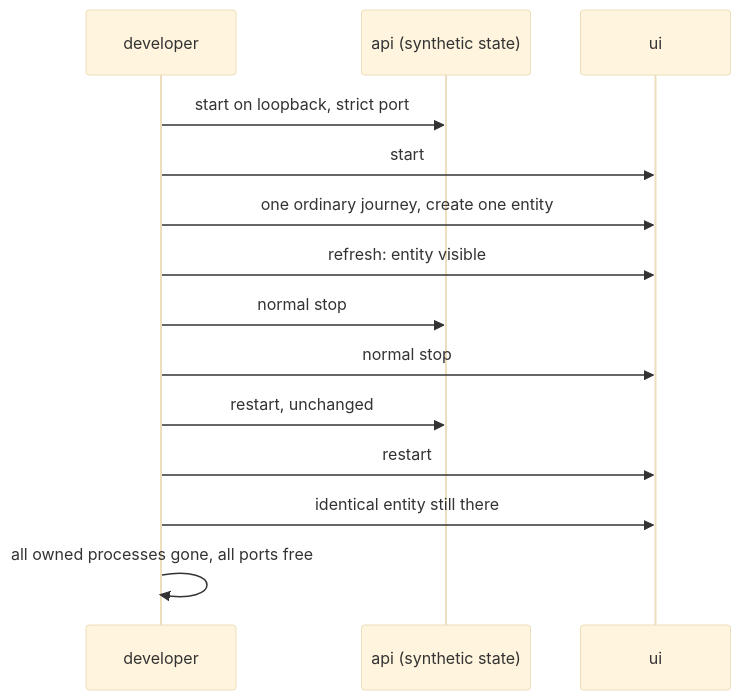
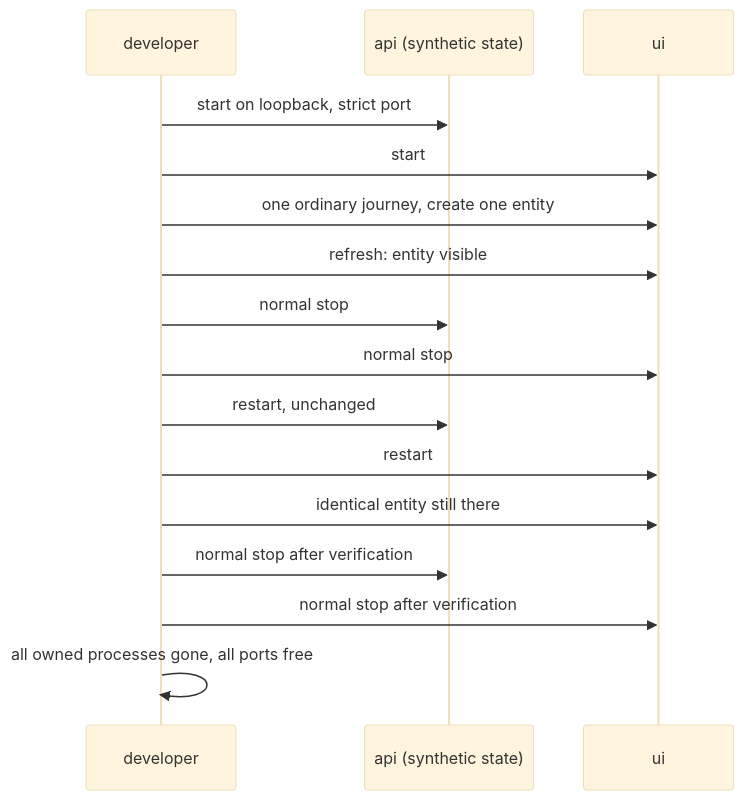
The diagram in quality-gate/templates/restart-smoke.md (jamesdwilson/james-opinionated-llm-development-framework), drawn with Mermaid (base theme) before and after one commit. The commit also changed other lines of this file and 16 other files, not shown here.

````diff
--- a/quality-gate/templates/restart-smoke.md
+++ b/quality-gate/templates/restart-smoke.md
@@ -9,16 +9,18 @@
 ```mermaid
 sequenceDiagram
     participant D as developer
     participant A as api (synthetic state)
     participant U as ui
     D->>A: start on loopback, strict port
     D->>U: start
     D->>U: one ordinary journey, create one entity
     D->>U: refresh: entity visible
     D->>A: normal stop
     D->>U: normal stop
     D->>A: restart, unchanged
     D->>U: restart
     D->>U: identical entity still there
+    D->>A: normal stop after verification
+    D->>U: normal stop after verification
     D->>D: all owned processes gone, all ports free
 ```
````
